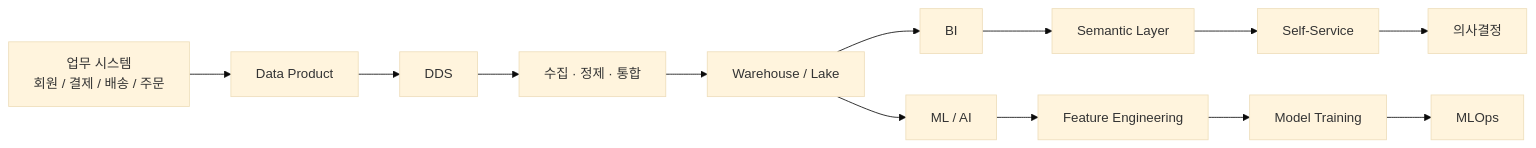
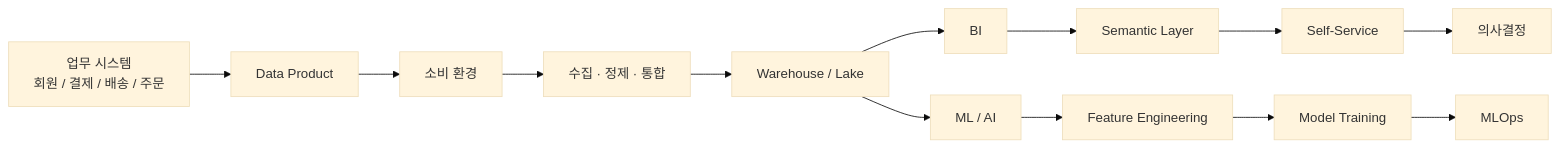
One commit to i31pc17/bitbook changed the sixth of 8 diagrams in 모던 데이터 아키텍처/20장. 머신러닝과 MLOps.md. Above: the diagram before and after it, drawn with Mermaid (base theme). The commit also changed other lines of this file and 2 other files, not shown here.

````diff
--- a/모던 데이터 아키텍처/20장. 머신러닝과 MLOps.md
+++ b/모던 데이터 아키텍처/20장. 머신러닝과 MLOps.md
@@ -736,13 +736,13 @@
 ```mermaid
 flowchart LR
     sys["업무 시스템<br/>회원 / 결제 / 배송 / 주문"]
     dp["Data Product"]
-    dds["DDS"]
+    dds["소비 환경"]
     etl["수집 · 정제 · 통합"]
     wh["Warehouse / Lake"]
     sys --> dp --> dds --> etl --> wh
     wh --> bi["BI"]
     wh --> ml["ML / AI"]
     bi --> sem["Semantic Layer"] --> ss["Self-Service"] --> dec["의사결정"]
     ml --> fe["Feature Engineering"] --> mt["Model Training"] --> ops["MLOps"]
 ```
````
